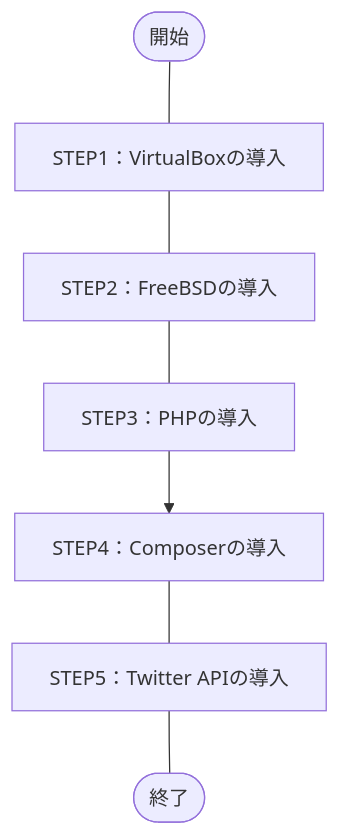
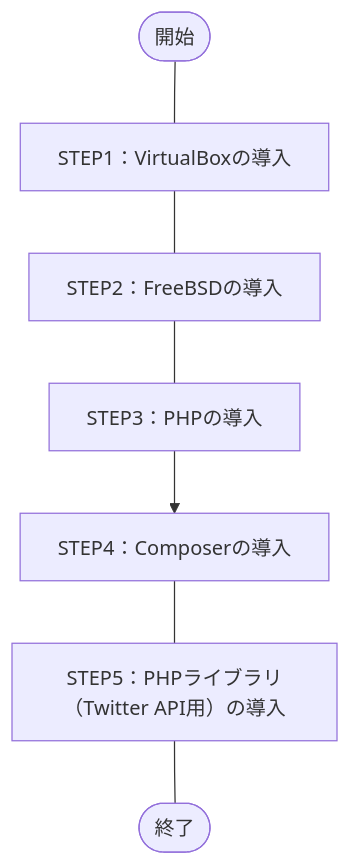
One commit to akiGAMEBOY/haretokidoki_zn changed the diagram in articles/80088a8d553b58.md. Above: the diagram before and after it, drawn with Mermaid. The commit also changed other lines of this file and 1 other file, not shown here.

````diff
--- a/articles/80088a8d553b58.md
+++ b/articles/80088a8d553b58.md
@@ -26,9 +26,9 @@
 ```mermaid
 flowchart TB
     A(["開始"]) --- B["STEP1：VirtualBoxの導入"]
     B --- C["STEP2：FreeBSDの導入"]
     C --- D["STEP3：PHPの導入"]
     D --> E["STEP4：Composerの導入"]
-    E --- F["STEP5：Twitter APIの導入"]
+    E --- F["STEP5：PHPライブラリ（Twitter API用）の導入"]
     F --- G(["終了"])
 ```
````
